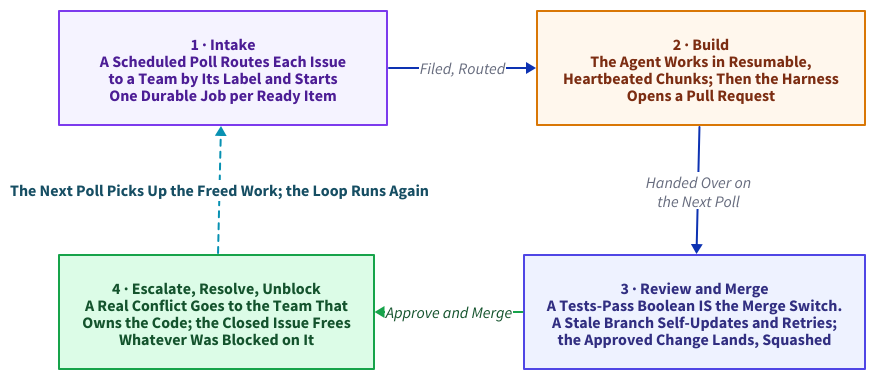
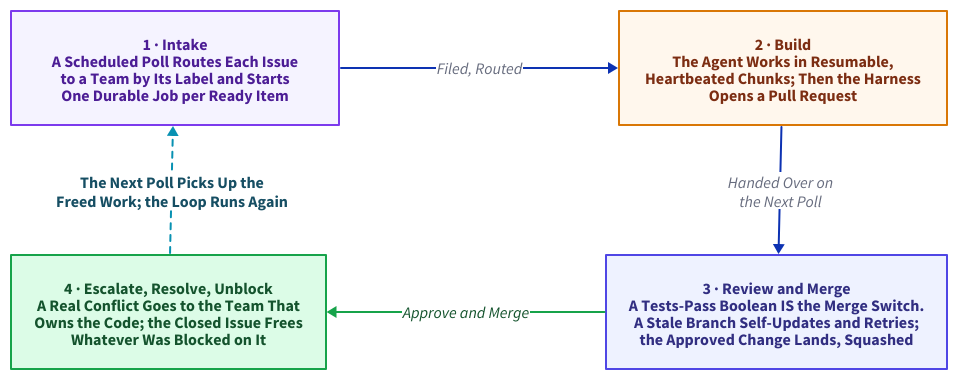
One commit to thumarrushik/crash-proof-team-of-coding-agents changed the diagram in assets/diagram-src/issue-to-merge.d2. Above: the diagram before and after it, drawn with D2. The commit also changed 11 other files, not shown here.

```diff
--- a/assets/diagram-src/issue-to-merge.d2
+++ b/assets/diagram-src/issue-to-merge.d2
@@ -1,28 +1,30 @@
 # One issue, durably driven from filed to merged. Four beats, matching the
 # article's own four bold headers, laid clockwise so the unblock closes the loop.
 # NEW for the flagship; a leaner take than the earlier removed pipeline figure.
 # grid-rows:2 fills row-major: intake,build on top; escalate,review below, so
 # the cycle intake -> build -> review -> escalate -> intake is a clean rectangle.
+# Wide horizontal gaps: at 150 the "Filed, Routed" / "Approve and Merge"
+# labels filled the whole gap and hid the arrow direction.
 grid-rows: 2
-horizontal-gap: 150
+horizontal-gap: 280
 vertical-gap: 130
 
 intake: "1 · Intake\nA Scheduled Poll Routes Each Issue\nto a Team by Its Label and Starts\nOne Durable Job per Ready Item" {
   style: {fill: "#f5f3ff"; stroke: "#7c3aed"; font-color: "#4c1d95"; bold: true}
 }
 build: "2 · Build\nThe Agent Works in Resumable,\nHeartbeated Chunks; Then the Harness\nOpens a Pull Request" {
   style: {fill: "#fff7ed"; stroke: "#d97706"; font-color: "#7c2d12"; bold: true}
 }
 escalate: "4 · Escalate, Resolve, Unblock\nA Real Conflict Goes to the Team That\nOwns the Code; the Closed Issue Frees\nWhatever Was Blocked on It" {
   style: {fill: "#dcfce7"; stroke: "#16a34a"; font-color: "#14532d"; bold: true}
 }
 review: "3 · Review and Merge\nA Tests-Pass Boolean IS the Merge Switch.\nA Stale Branch Self-Updates and Retries;\nthe Approved Change Lands, Squashed" {
   style: {fill: "#eef2ff"; stroke: "#4f46e5"; font-color: "#312e81"; bold: true}
 }
 
 intake -> build: "Filed, Routed"
 build -> review: "Handed Over on\nthe Next Poll"
 review -> escalate: "Approve and Merge" {style: {stroke: "#16a34a"; font-color: "#14532d"}}
-escalate -> intake: "The Next Poll Picks Up the Freed Work; the Loop Runs Again" {
+escalate -> intake: "The Next Poll Picks Up the\nFreed Work; the Loop Runs Again" {
   style: {stroke-dash: 3; stroke: "#0891b2"; font-color: "#164e63"; bold: true}
 }
```
